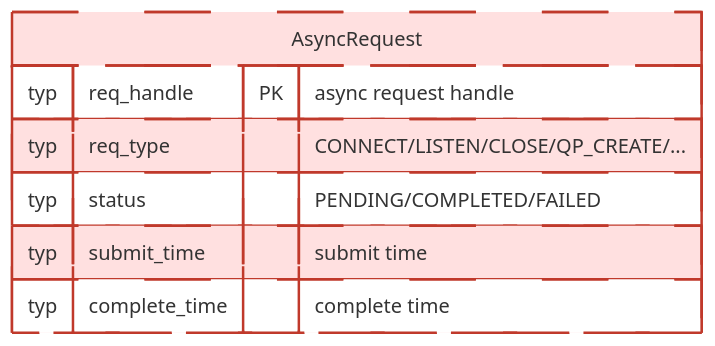
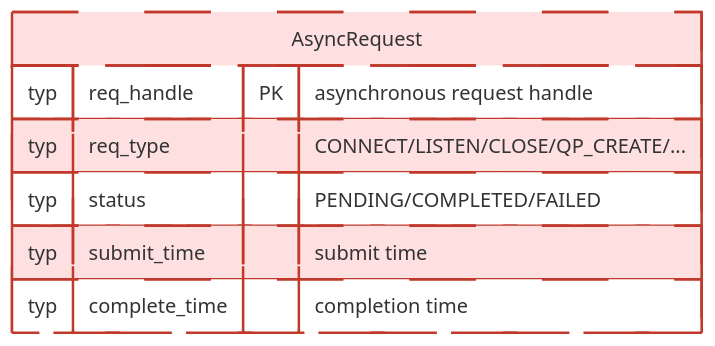
Before and after one commit to Atlas-Ascend-Fork/hcomm: diagram 16 of 19 in test/hccl_vm/docs/simulator_runner_data_model_en.md, drawn with Mermaid. The commit also changed other lines of this file and 171 other files, not shown here.

````diff
--- a/test/hccl_vm/docs/simulator_runner_data_model_en.md
+++ b/test/hccl_vm/docs/simulator_runner_data_model_en.md
@@ -1435,13 +1457,13 @@
 ```mermaid
 erDiagram
     AsyncRequest {
-        typ req_handle PK "async request handle"
+        typ req_handle PK "asynchronous request handle"
         typ req_type "CONNECT/LISTEN/CLOSE/QP_CREATE/..."
         typ status "PENDING/COMPLETED/FAILED"
         typ submit_time "submit time"
-        typ complete_time "complete time"
+        typ complete_time "completion time"
     }
 
     classDef unimplemented fill:#ffe0e0,stroke:#c0392b,stroke-width:2px,stroke-dasharray:5 3
     class AsyncRequest unimplemented
 ```
````
